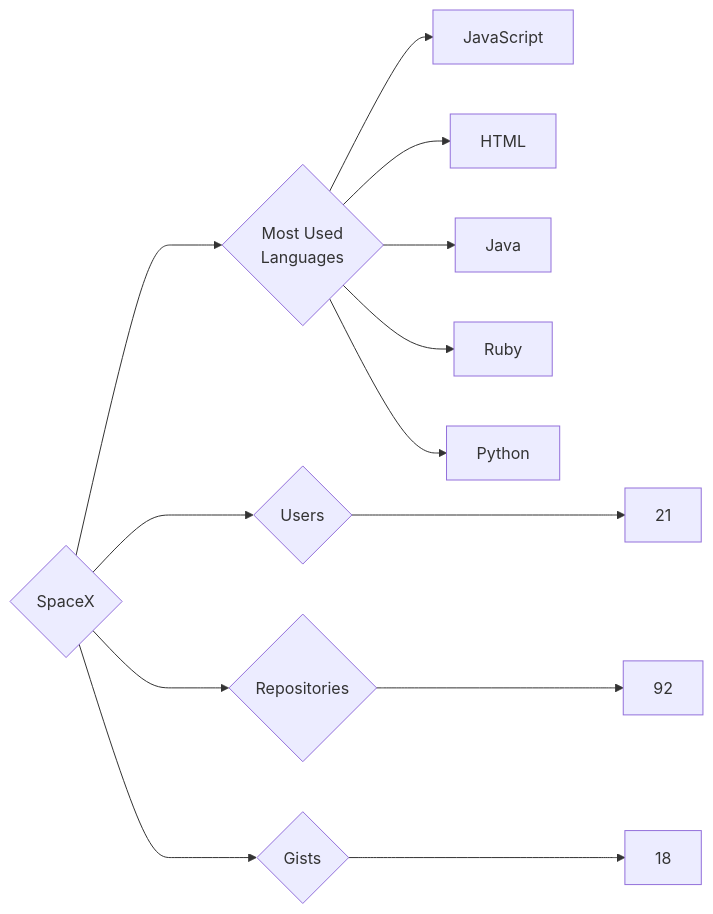
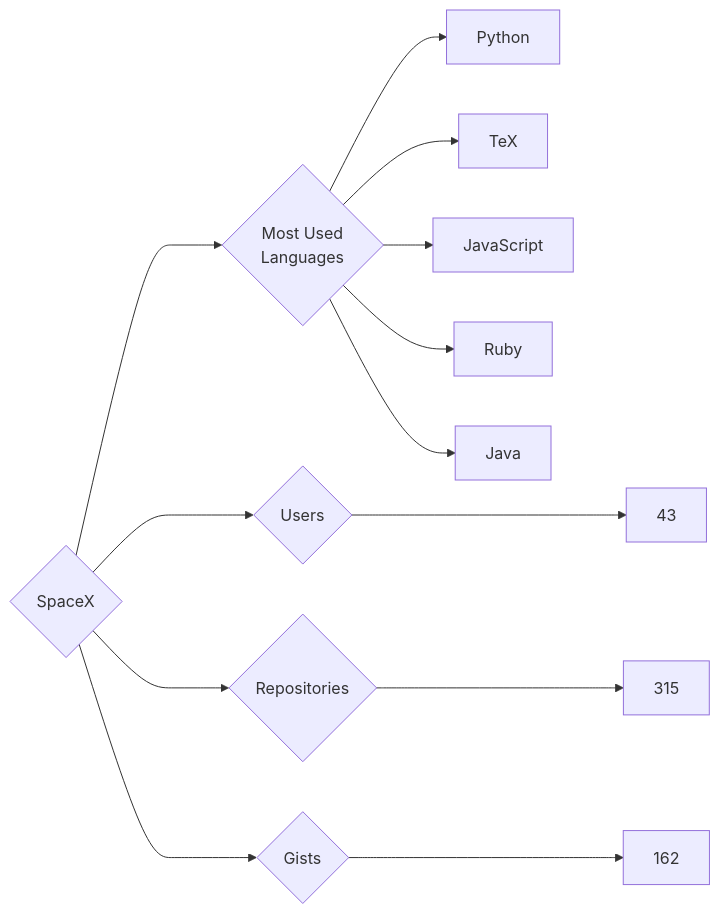
The diagram in targets/SpaceX/README.md (trickest/insiders), drawn with Mermaid before and after one commit. The commit also changed 870 other files, not shown here.

````diff
--- a/targets/SpaceX/README.md
+++ b/targets/SpaceX/README.md
@@ -3,13 +3,13 @@
 ```mermaid
 graph LR
 COMPANY_NAME{SpaceX}
-COMPANY_NAME ---> U{Users} ---> UN[21]
-COMPANY_NAME ---> R{Repositories} ---> RN[92]
-COMPANY_NAME ---> G{Gists} ---> GN[18]
+COMPANY_NAME ---> U{Users} ---> UN[43]
+COMPANY_NAME ---> R{Repositories} ---> RN[315]
+COMPANY_NAME ---> G{Gists} ---> GN[162]
 COMPANY_NAME ---> ML{Most Used<br>Languages}
+ML --> Python[Python]
+ML --> TeX[TeX]
 ML --> JavaScript[JavaScript]
-ML --> HTML[HTML]
+ML --> Ruby[Ruby]
 ML --> Java[Java]
-ML --> Ruby[Ruby]
-ML --> Python[Python]
 ```
````
